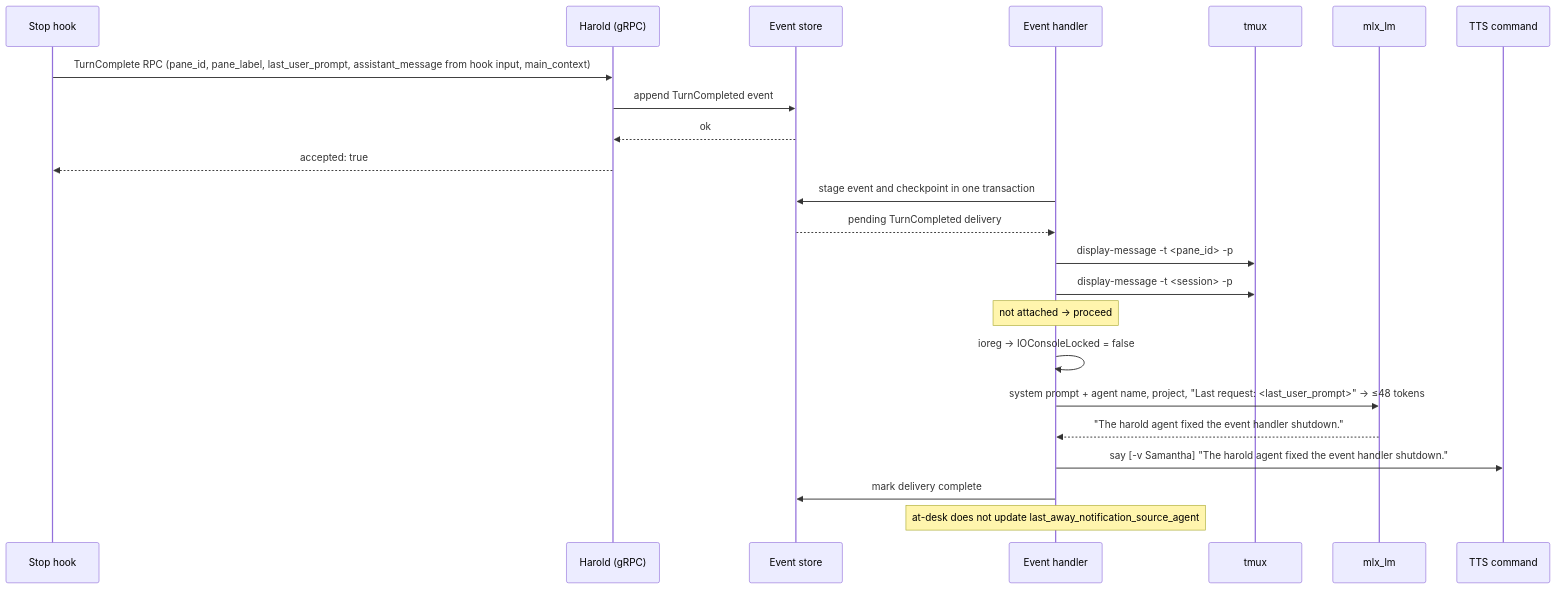
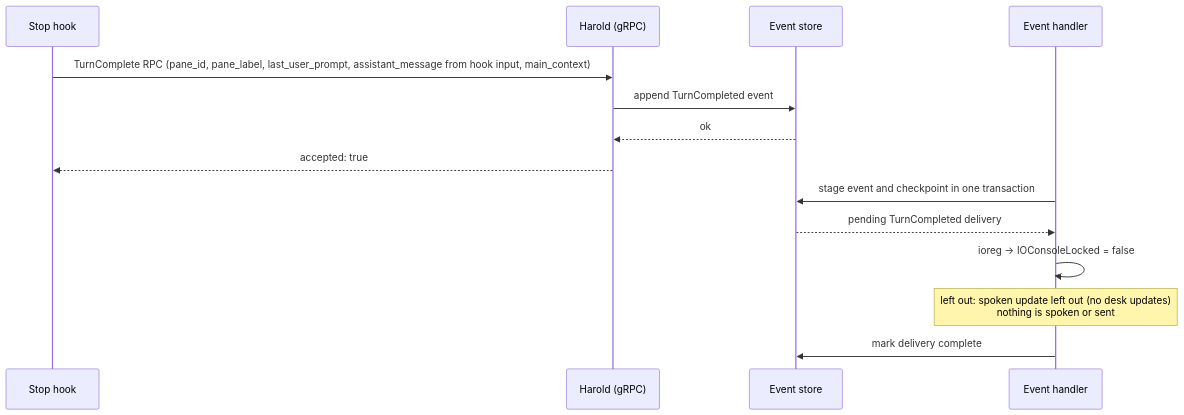
Before and after one commit to kahgeh/harold: the first of 2 diagrams in docs/references/notification/README.md, drawn with Mermaid. The commit also changed other lines of this file and 26 other files, not shown here.

First line of the commit message:
Stop speaking turn-end updates at the desk and drop the local turn-end model

````diff
--- a/docs/references/notification/README.md
+++ b/docs/references/notification/README.md
@@ -288,27 +290,18 @@
 ```mermaid
 sequenceDiagram
     participant Hook as Stop hook
     participant gRPC as Harold (gRPC)
     participant Store as Event store
     participant Handler as Event handler
-    participant Tmux as tmux
-    participant LocalModel as mlx_lm
-    participant TTS as TTS command
 
     Hook->>gRPC: TurnComplete RPC (pane_id, pane_label, last_user_prompt, assistant_message from hook input, main_context)
     gRPC->>Store: append TurnCompleted event
     Store-->>gRPC: ok
     gRPC-->>Hook: accepted: true
 
     Handler->>Store: stage event and checkpoint in one transaction
     Store-->>Handler: pending TurnCompleted delivery
-    Handler->>Tmux: display-message -t <pane_id> -p #{session_name} → session
-    Handler->>Tmux: display-message -t <session> -p #{session_attached} → attached?
-    note over Handler: not attached → proceed
     Handler->>Handler: ioreg → IOConsoleLocked = false
-    Handler->>LocalModel: system prompt + agent name, project, "Last request: <last_user_prompt>" → ≤48 tokens
-    LocalModel-->>Handler: "The harold agent fixed the event handler shutdown."
-    Handler->>TTS: say [-v Samantha] "The harold agent fixed the event handler shutdown."
+    note over Handler: left out: spoken update left out (no desk updates)<br/>nothing is spoken or sent
     Handler->>Store: mark delivery complete
-    note over Handler: at-desk does not update last_away_notification_source_agent
 ```
````
